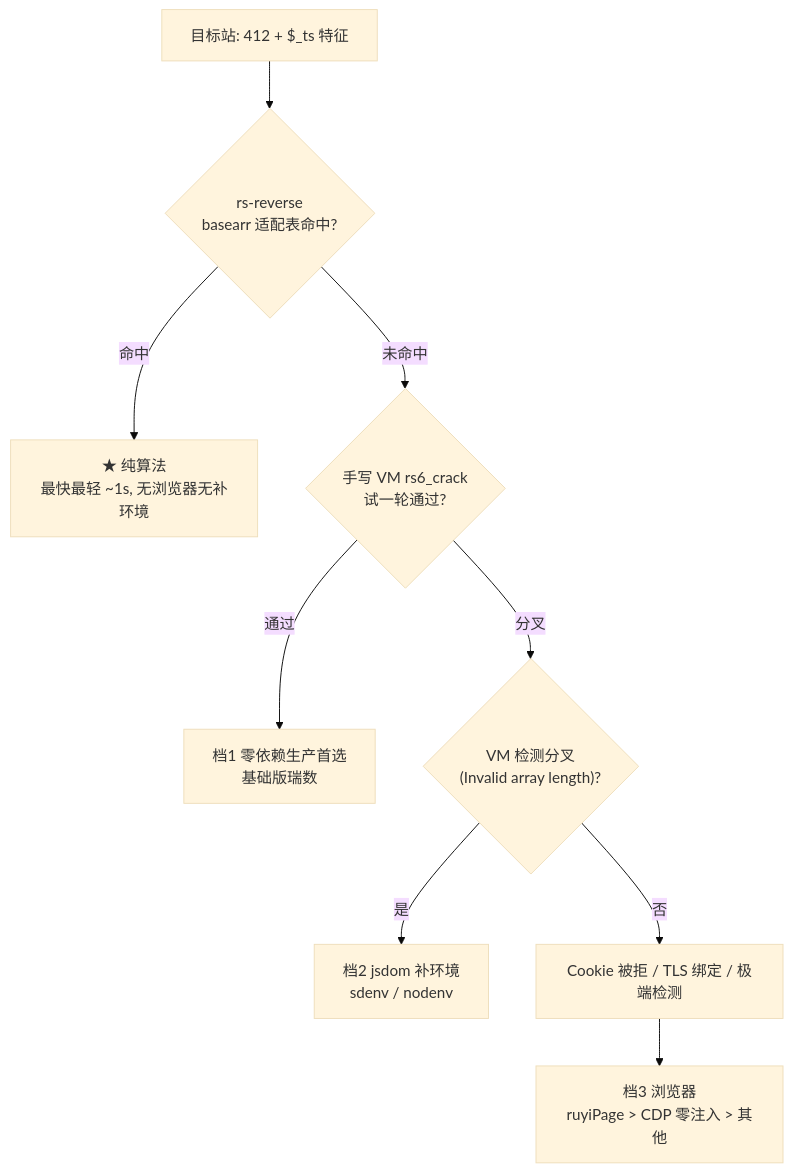
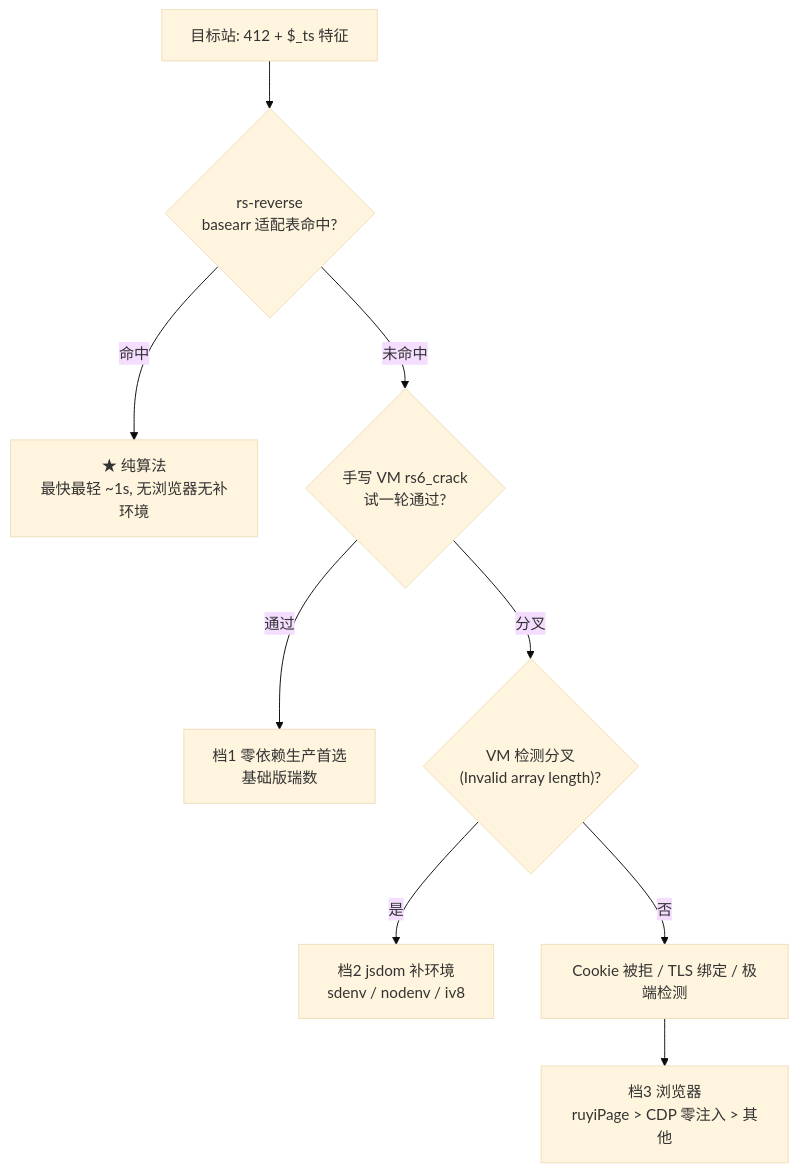
The first of 2 diagrams in README.md (jimmy-Smile-ltl/ruishuExample), drawn with Mermaid (base theme) before and after one commit. The commit also changed other lines of this file and 8 other files, not shown here.

````diff
--- a/README.md
+++ b/README.md
@@ -199,11 +205,11 @@
 ```mermaid
 flowchart TD
   A["目标站: 412 + $_ts 特征"] --> B{"rs-reverse<br>basearr 适配表命中?"}
   B -- 命中 --> C["★ 纯算法<br>最快最轻 ~1s, 无浏览器无补环境"]
   B -- 未命中 --> D{"手写 VM rs6_crack<br>试一轮通过?"}
   D -- 通过 --> E["档1 零依赖生产首选<br>基础版瑞数"]
   D -- 分叉 --> F{"VM 检测分叉<br>(Invalid array length)?"}
-  F -- 是 --> G["档2 jsdom 补环境<br>sdenv / nodenv"]
+  F -- 是 --> G["档2 jsdom 补环境<br>sdenv / nodenv / iv8"]
   F -- 否 --> H["Cookie 被拒 / TLS 绑定 / 极端检测"]
   H --> I["档3 浏览器<br>ruyiPage > CDP 零注入 > 其他"]
 ```
````
